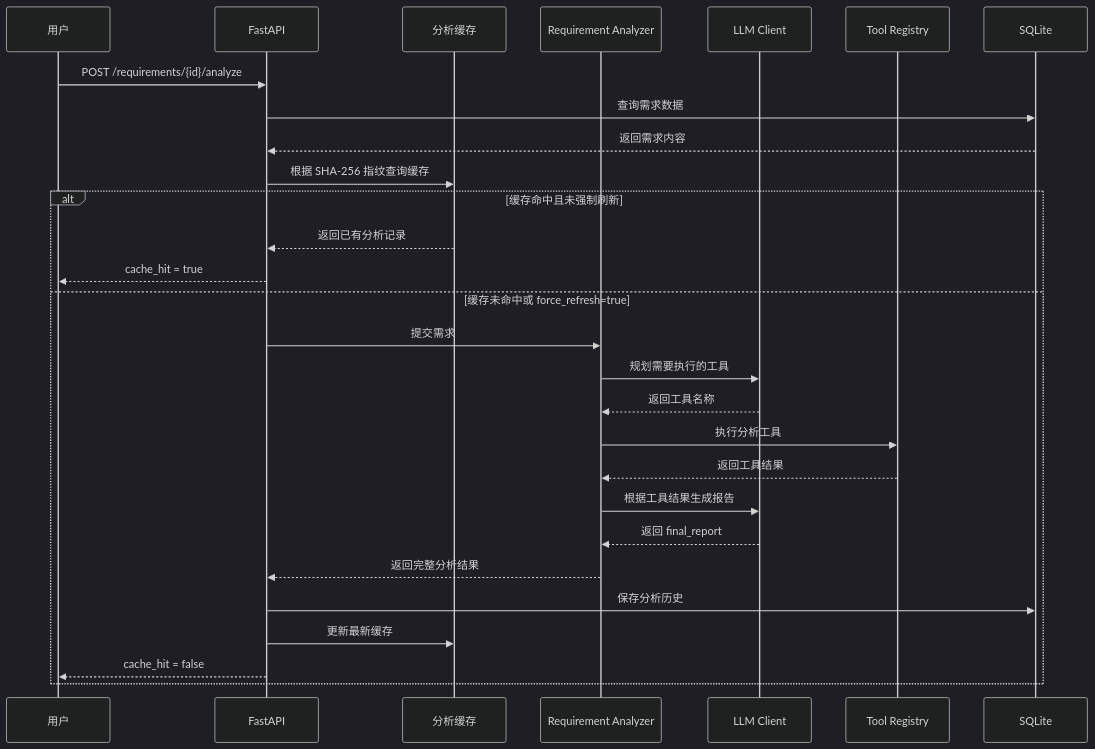
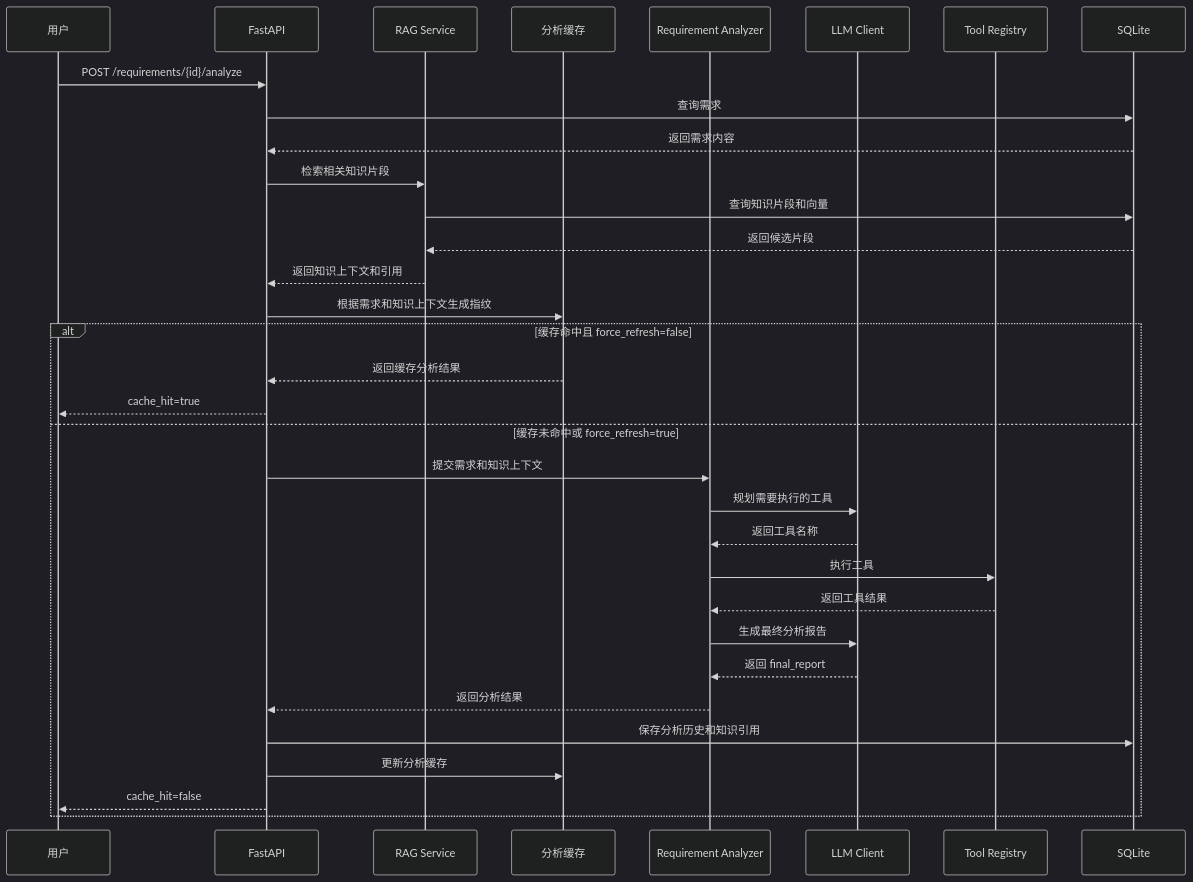
Before and after one commit to wgy2021/reqflow-agent: the second of 3 diagrams in README.md, drawn with Mermaid (dark theme). The commit also changed other lines of this file, not shown here.

````diff
--- a/README.md
+++ b/README.md
@@ -81,36 +164,39 @@
 ```mermaid
 sequenceDiagram
     participant User as 用户
     participant API as FastAPI
+    participant RAG as RAG Service
     participant Cache as 分析缓存
     participant Agent as Requirement Analyzer
     participant LLM as LLM Client
     participant Tools as Tool Registry
     participant DB as SQLite
 
     User->>API: POST /requirements/{id}/analyze
-    API->>DB: 查询需求数据
+    API->>DB: 查询需求
     DB-->>API: 返回需求内容
 
-    API->>Cache: 根据 SHA-256 指纹查询缓存
+    API->>RAG: 检索相关知识片段
+    RAG->>DB: 查询知识片段和向量
+    DB-->>RAG: 返回候选片段
+    RAG-->>API: 返回知识上下文和引用
 
-    alt 缓存命中且未强制刷新
-        Cache-->>API: 返回已有分析记录
-        API-->>User: cache_hit = true
+    API->>Cache: 根据需求和知识上下文生成指纹
+
+    alt 缓存命中且 force_refresh=false
+        Cache-->>API: 返回缓存分析结果
+        API-->>User: cache_hit=true
     else 缓存未命中或 force_refresh=true
-        API->>Agent: 提交需求
+        API->>Agent: 提交需求和知识上下文
         Agent->>LLM: 规划需要执行的工具
         LLM-->>Agent: 返回工具名称
-
-        Agent->>Tools: 执行分析工具
+        Agent->>Tools: 执行工具
         Tools-->>Agent: 返回工具结果
-
-        Agent->>LLM: 根据工具结果生成报告
+        Agent->>LLM: 生成最终分析报告
         LLM-->>Agent: 返回 final_report
-
-        Agent-->>API: 返回完整分析结果
-        API->>DB: 保存分析历史
-        API->>Cache: 更新最新缓存
-        API-->>User: cache_hit = false
+        Agent-->>API: 返回分析结果
+        API->>DB: 保存分析历史和知识引用
+        API->>Cache: 更新分析缓存
+        API-->>User: cache_hit=false
     end
 ```
````
